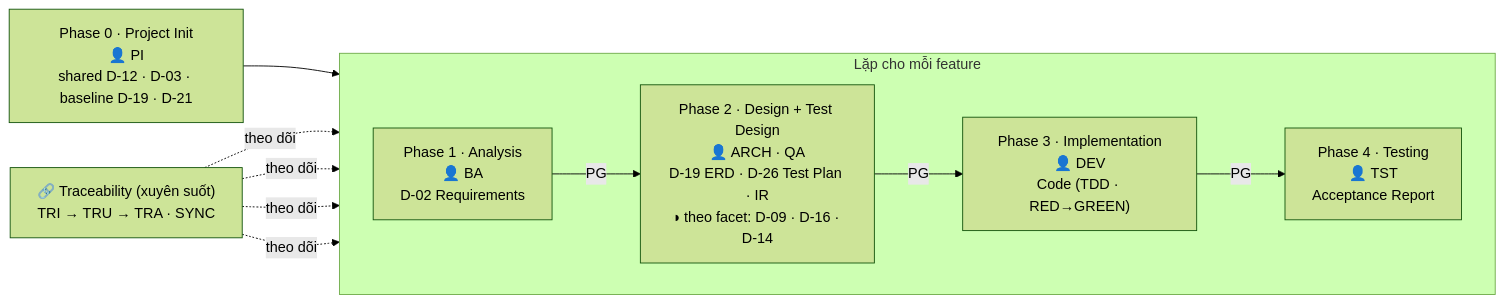
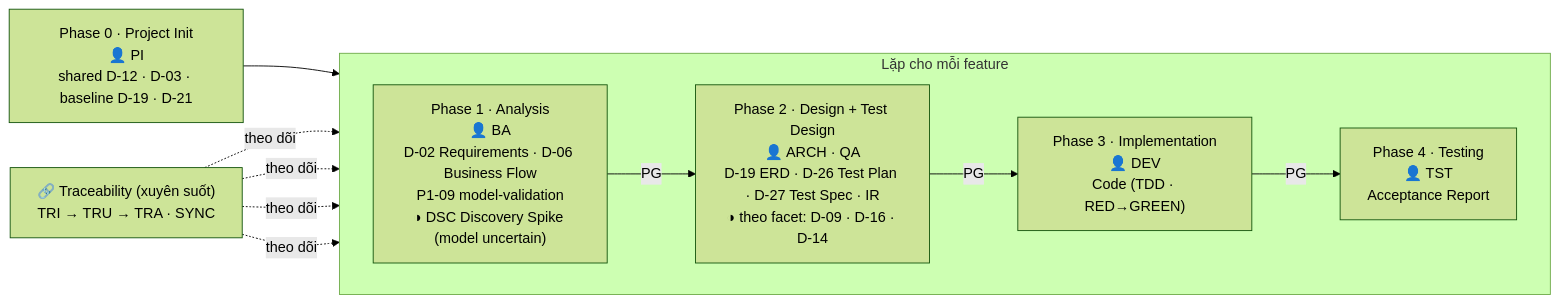
The diagram in README.md (hanh9898/waterfall-bmad-method), drawn with Mermaid (forest theme) before and after one commit. The commit also changed other lines of this file and 1 other file, not shown here.

Commit message:
docs(hbc): complete the README mental-model — Phase 1 was missing D-06/DSC/P1-09
The mental-model diagram's Phase-1 node only showed "D-02 Requirements" while
Phase 1 actually produces D-06 Business Flow (mandatory), runs the P1-09
model-validation, and — for uncertain features — the DSC Discovery Spike. Phase 2
also omitted D-27. Add them to both diagram nodes + two explanatory bullets
(early model validation P1-09/DSC; facet-driven design D-09/D-16/D-14) so the
front-door diagram reflects the implemented framework. Mirrored EN + VI.

````diff
--- a/README.md
+++ b/README.md
@@ -114,18 +114,18 @@
 ```mermaid
 flowchart LR
     P0["Phase 0 · Project Init<br/>👤 PI<br/>shared D-12 · D-03 · baseline D-19 · D-21"]
 
     subgraph FEAT["Lặp cho mỗi feature"]
         direction LR
-        P1["Phase 1 · Analysis<br/>👤 BA<br/>D-02 Requirements"]
-        P2["Phase 2 · Design + Test Design<br/>👤 ARCH · QA<br/>D-19 ERD · D-26 Test Plan · IR<br/>◑ theo facet: D-09 · D-16 · D-14"]
+        P1["Phase 1 · Analysis<br/>👤 BA<br/>D-02 Requirements · D-06 Business Flow<br/>P1-09 model-validation<br/>◑ DSC Discovery Spike (model uncertain)"]
+        P2["Phase 2 · Design + Test Design<br/>👤 ARCH · QA<br/>D-19 ERD · D-26 Test Plan · D-27 Test Spec · IR<br/>◑ theo facet: D-09 · D-16 · D-14"]
         P3["Phase 3 · Implementation<br/>👤 DEV<br/>Code (TDD · RED→GREEN)"]
         P4["Phase 4 · Testing<br/>👤 TST<br/>Acceptance Report"]
         P1 -->|PG| P2 -->|PG| P3 -->|PG| P4
     end
 
     P0 --> P1
 
     TR["🔗 Traceability (xuyên suốt)<br/>TRI → TRU → TRA · SYNC"]
     TR -.->|theo dõi| P1 & P2 & P3 & P4
 ```
````
